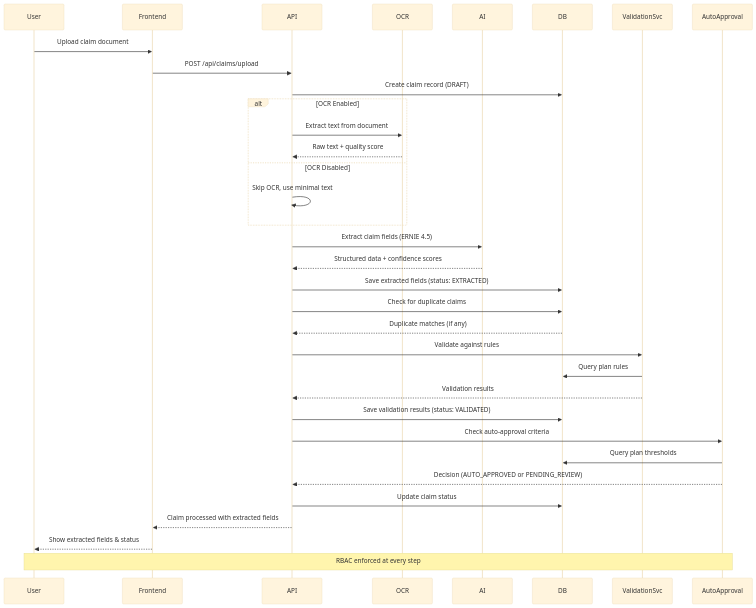
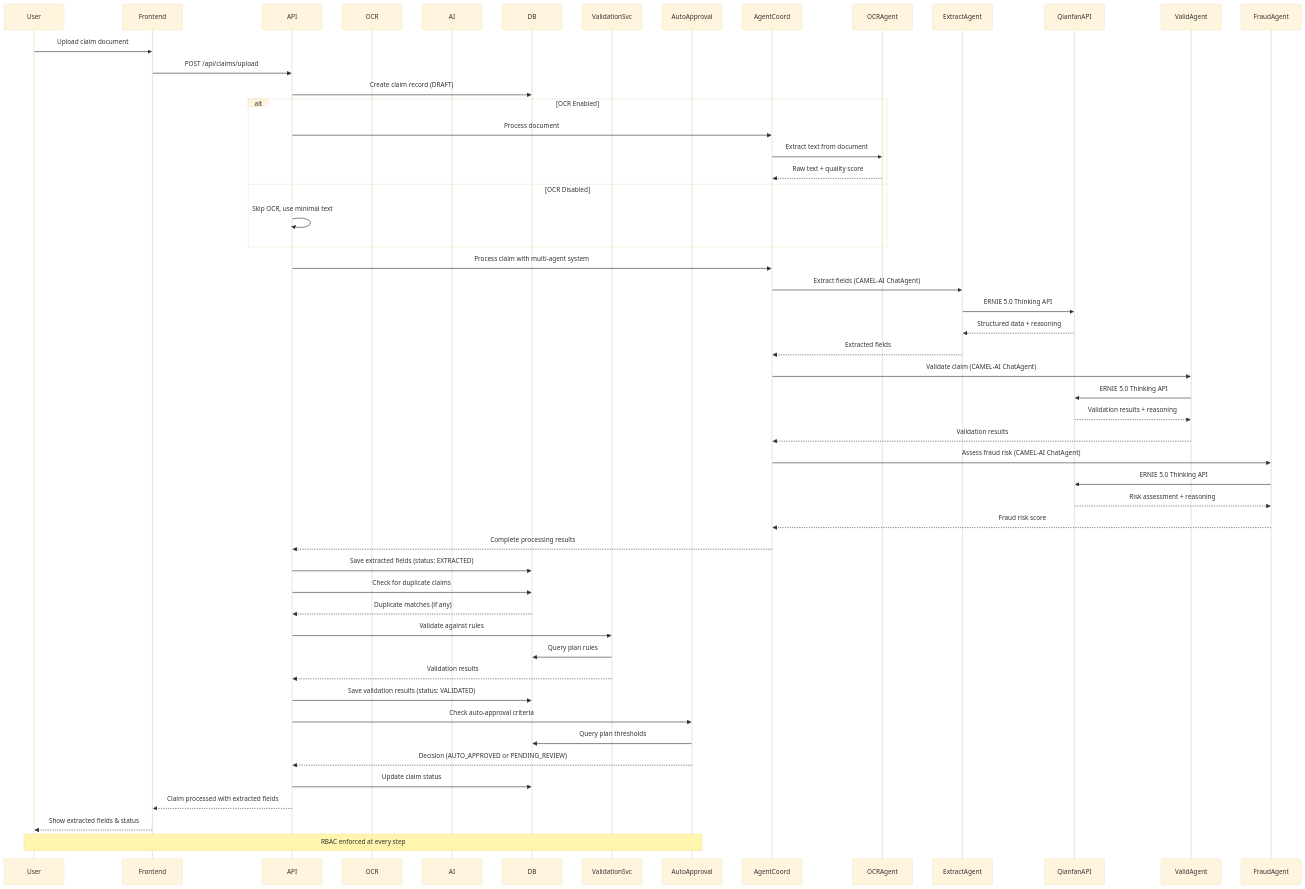
The second of 5 diagrams in README.md (palsure/claimsphere-ai), drawn with Mermaid (base theme) before and after one commit. The commit also changed other lines of this file and 70 other files, not shown here.

````diff
--- a/README.md
+++ b/README.md
@@ -133,44 +172,57 @@
 ```mermaid
 sequenceDiagram
     participant User
     participant Frontend
     participant API
     participant OCR
     participant AI
     participant DB
     participant ValidationSvc
     participant AutoApproval
 
     User->>Frontend: Upload claim document
     Frontend->>API: POST /api/claims/upload
     API->>DB: Create claim record (DRAFT)
     
     alt OCR Enabled
-        API->>OCR: Extract text from document
-        OCR-->>API: Raw text + quality score
+        API->>AgentCoord: Process document
+    AgentCoord->>OCRAgent: Extract text from document
+        OCRAgent-->>AgentCoord: Raw text + quality score
     else OCR Disabled
         API->>API: Skip OCR, use minimal text
     end
     
-    API->>AI: Extract claim fields (ERNIE 4.5)
-    AI-->>API: Structured data + confidence scores
+    API->>AgentCoord: Process claim with multi-agent system
+    AgentCoord->>ExtractAgent: Extract fields (CAMEL-AI ChatAgent)
+    ExtractAgent->>QianfanAPI: ERNIE 5.0 Thinking API
+    QianfanAPI-->>ExtractAgent: Structured data + reasoning
+    ExtractAgent-->>AgentCoord: Extracted fields
+    AgentCoord->>ValidAgent: Validate claim (CAMEL-AI ChatAgent)
+    ValidAgent->>QianfanAPI: ERNIE 5.0 Thinking API
+    QianfanAPI-->>ValidAgent: Validation results + reasoning
+    ValidAgent-->>AgentCoord: Validation results
+    AgentCoord->>FraudAgent: Assess fraud risk (CAMEL-AI ChatAgent)
+    FraudAgent->>QianfanAPI: ERNIE 5.0 Thinking API
+    QianfanAPI-->>FraudAgent: Risk assessment + reasoning
+    FraudAgent-->>AgentCoord: Fraud risk score
+    AgentCoord-->>API: Complete processing results
     API->>DB: Save extracted fields (status: EXTRACTED)
     
     API->>DB: Check for duplicate claims
     DB-->>API: Duplicate matches (if any)
     
     API->>ValidationSvc: Validate against rules
     ValidationSvc->>DB: Query plan rules
     ValidationSvc-->>API: Validation results
     API->>DB: Save validation results (status: VALIDATED)
     
     API->>AutoApproval: Check auto-approval criteria
     AutoApproval->>DB: Query plan thresholds
     AutoApproval-->>API: Decision (AUTO_APPROVED or PENDING_REVIEW)
     API->>DB: Update claim status
     
     API-->>Frontend: Claim processed with extracted fields
     Frontend-->>User: Show extracted fields & status
     
     Note over User,AutoApproval: RBAC enforced at every step
 ```
````
